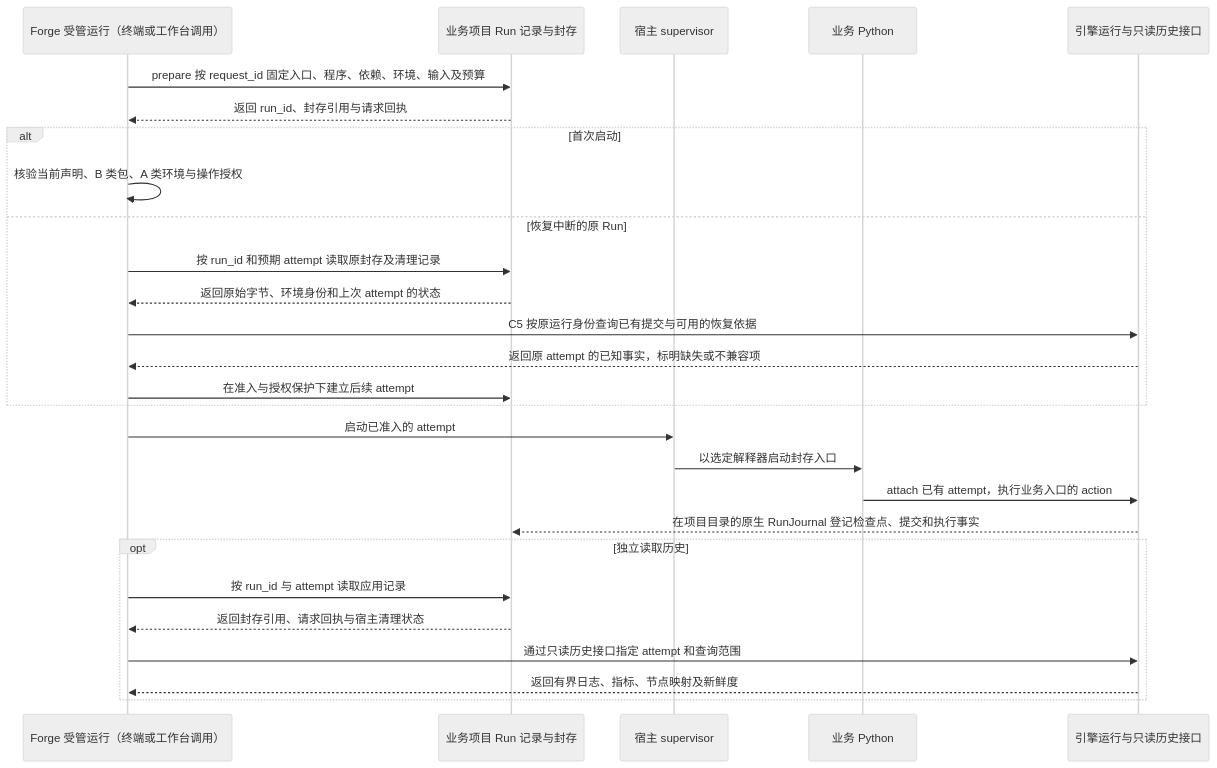
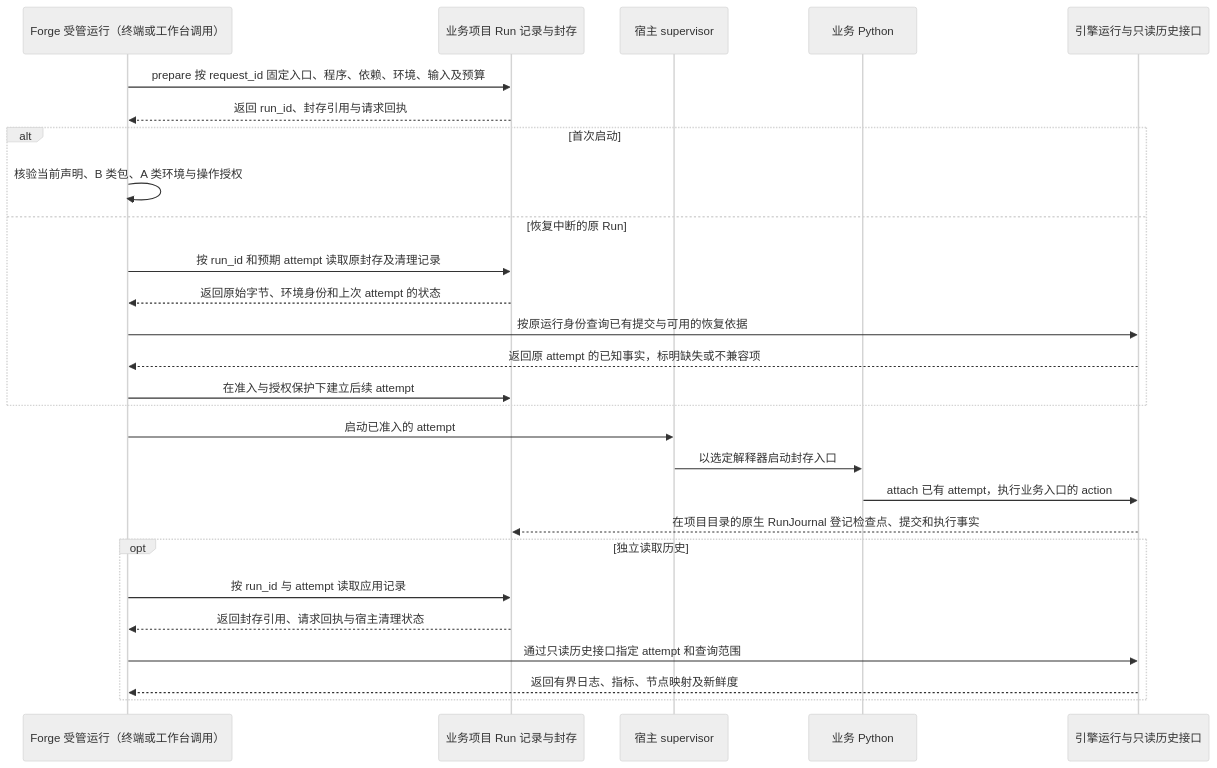
One commit to vincent9299/demiflow changed the sixth of 14 diagrams in docs/demiflow-architecture.md. Above: the diagram before and after it, drawn with Mermaid (neutral theme). The commit also changed other lines of this file, not shown here.

Commit message:
Organize architecture into numbered responsibilities and linked sequence diagrams

````diff
--- a/docs/demiflow-architecture.md
+++ b/docs/demiflow-architecture.md
@@ -240,29 +234,29 @@
 ```mermaid
 sequenceDiagram
     participant W as Forge 受管运行（终端或工作台调用）
     participant P as 业务项目 Run 记录与封存
     participant S as 宿主 supervisor
     participant B as 业务 Python
     participant E as 引擎运行与只读历史接口
     W->>P: prepare 按 request_id 固定入口、程序、依赖、环境、输入及预算
     P-->>W: 返回 run_id、封存引用与请求回执
     alt 首次启动
         W->>W: 核验当前声明、B 类包、A 类环境与操作授权
     else 恢复中断的原 Run
         W->>P: 按 run_id 和预期 attempt 读取原封存及清理记录
         P-->>W: 返回原始字节、环境身份和上次 attempt 的状态
-        W->>E: C5 按原运行身份查询已有提交与可用的恢复依据
+        W->>E: 按原运行身份查询已有提交与可用的恢复依据
         E-->>W: 返回原 attempt 的已知事实，标明缺失或不兼容项
         W->>P: 在准入与授权保护下建立后续 attempt
     end
     W->>S: 启动已准入的 attempt
     S->>B: 以选定解释器启动封存入口
     B->>E: attach 已有 attempt，执行业务入口的 action
     E-->>P: 在项目目录的原生 RunJournal 登记检查点、提交和执行事实
     opt 独立读取历史
         W->>P: 按 run_id 与 attempt 读取应用记录
         P-->>W: 返回封存引用、请求回执与宿主清理状态
         W->>E: 通过只读历史接口指定 attempt 和查询范围
         E-->>W: 返回有界日志、指标、节点映射及新鲜度
     end
 ```
````
